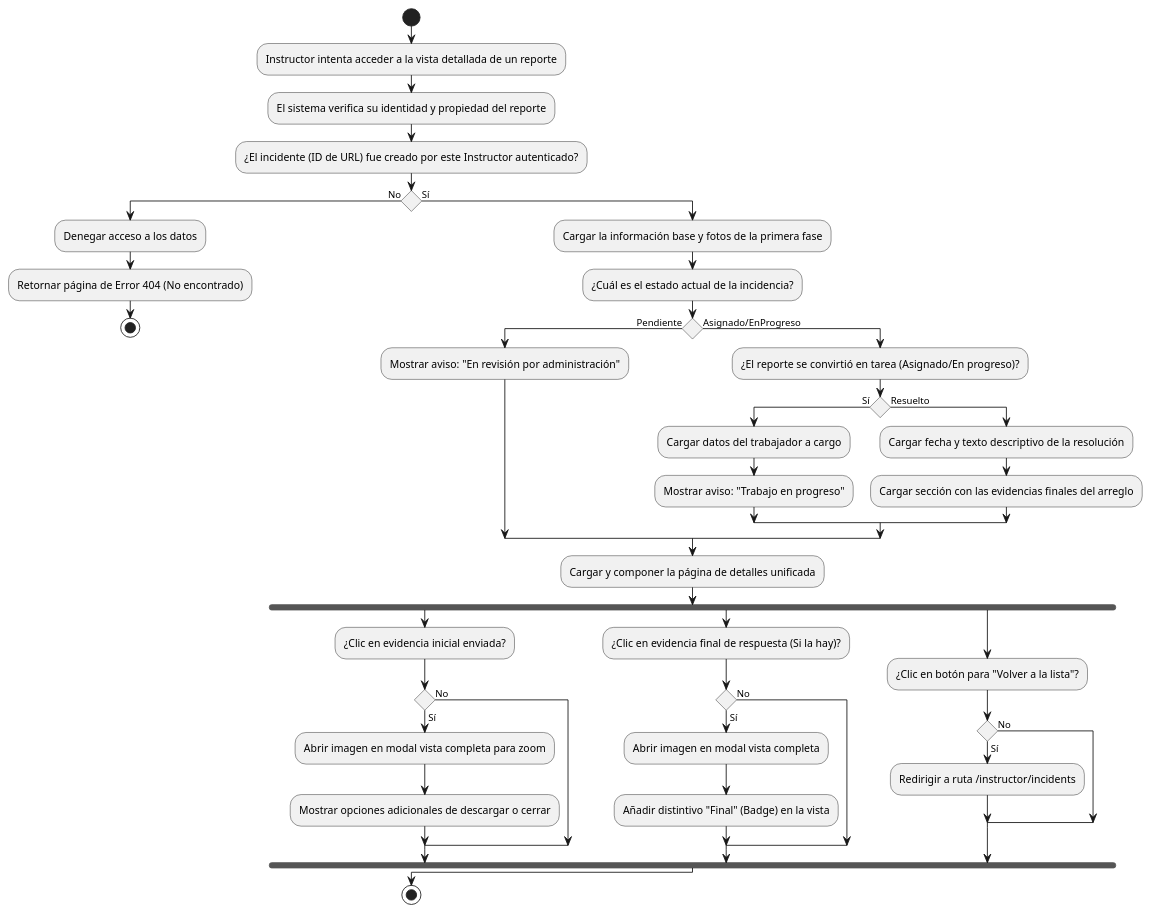
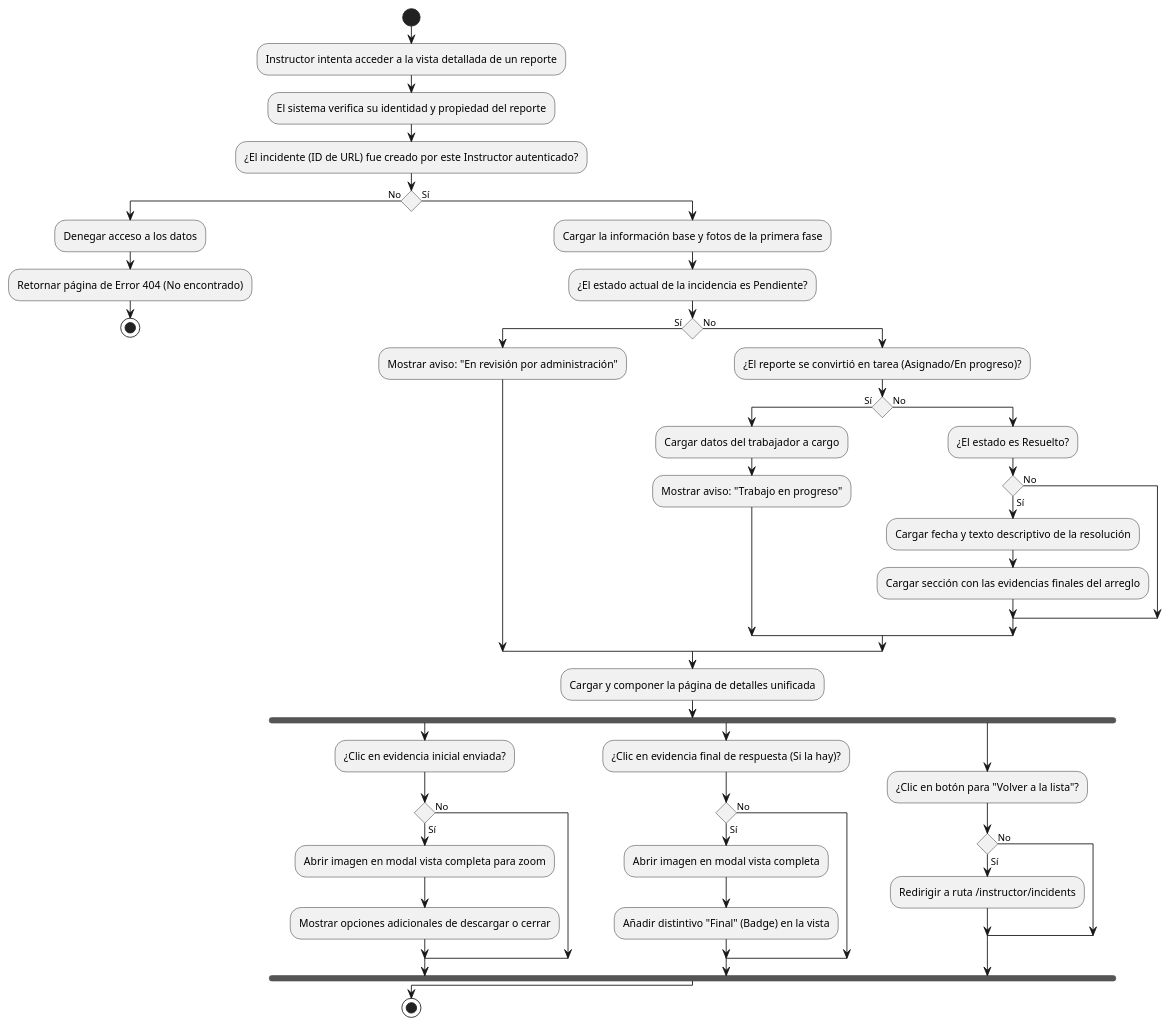
One commit to MasterErrorCLONE04/SIGERD.1.0 changed the diagram in document/diagrama_actividades/INS/INS-8.md. Above: the diagram before and after it, drawn with PlantUML. The commit also changed 18 other files, not shown here.

````diff
--- a/document/diagrama_actividades/INS/INS-8.md
+++ b/document/diagrama_actividades/INS/INS-8.md
@@ -22,60 +22,64 @@
 ```plantuml
 @startuml
 skinparam ConditionEndStyle hline
 
 start
 
 :Instructor intenta acceder a la vista detallada de un reporte;
 
 :El sistema verifica su identidad y propiedad del reporte;
 
 :¿El incidente (ID de URL) fue creado por este Instructor autenticado?;
 if () then (No)
   :Denegar acceso a los datos;
   :Retornar página de Error 404 (No encontrado);
   stop
 else (Sí)
   :Cargar la información base y fotos de la primera fase;
   
-  :¿Cuál es el estado actual de la incidencia?;
-  if () then (Pendiente)
+  :¿El estado actual de la incidencia es Pendiente?;
+  if () then (Sí)
     :Mostrar aviso: "En revisión por administración";
-  else (Asignado/EnProgreso)
+  else (No)
     :¿El reporte se convirtió en tarea (Asignado/En progreso)?;
     if () then (Sí)
       :Cargar datos del trabajador a cargo;
       :Mostrar aviso: "Trabajo en progreso";
-    else (Resuelto)
-      :Cargar fecha y texto descriptivo de la resolución;
-      :Cargar sección con las evidencias finales del arreglo;
+    else (No)
+      :¿El estado es Resuelto?;
+      if () then (Sí)
+        :Cargar fecha y texto descriptivo de la resolución;
+        :Cargar sección con las evidencias finales del arreglo;
+      else (No)
+      endif
     endif
   endif
   
   :Cargar y componer la página de detalles unificada;
   
   fork
     :¿Clic en evidencia inicial enviada?;
     if () then (Sí)
       :Abrir imagen en modal vista completa para zoom;
       :Mostrar opciones adicionales de descargar o cerrar;
     else (No)
     endif
   fork again
     :¿Clic en evidencia final de respuesta (Si la hay)?;
     if () then (Sí)
       :Abrir imagen en modal vista completa;
       :Añadir distintivo "Final" (Badge) en la vista;
     else (No)
     endif
   fork again
     :¿Clic en botón para "Volver a la lista"?;
     if () then (Sí)
       :Redirigir a ruta /instructor/incidents;
     else (No)
     endif
   end fork
 endif
 
 stop
 @enduml
 ```
````
